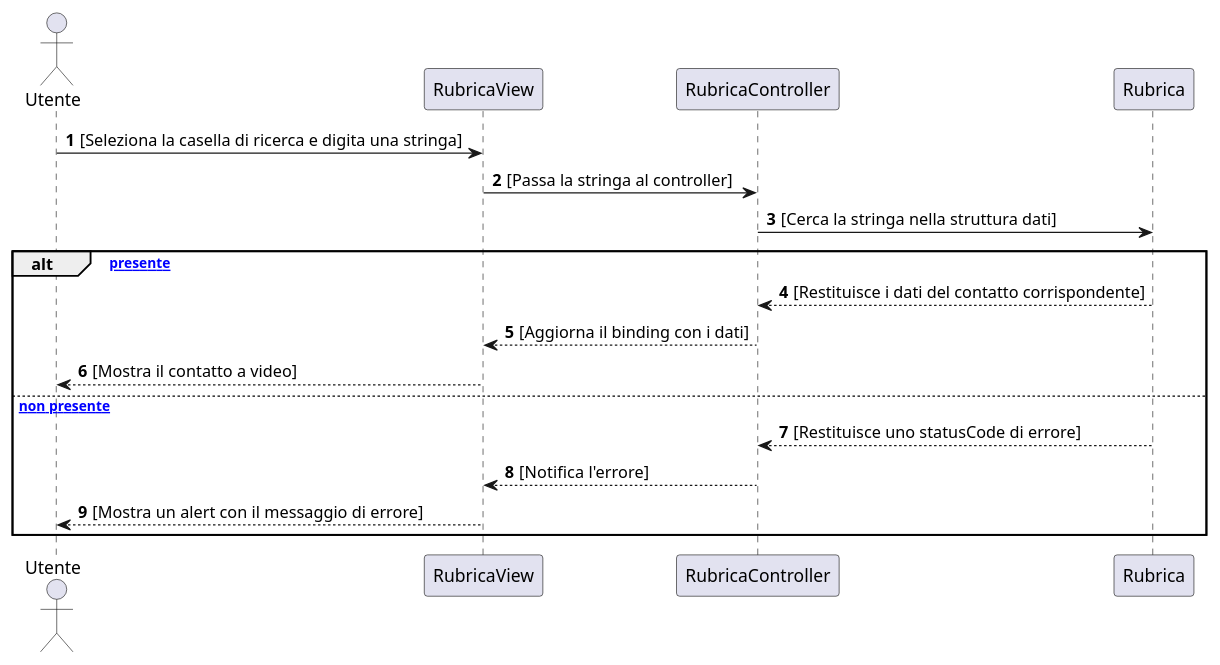
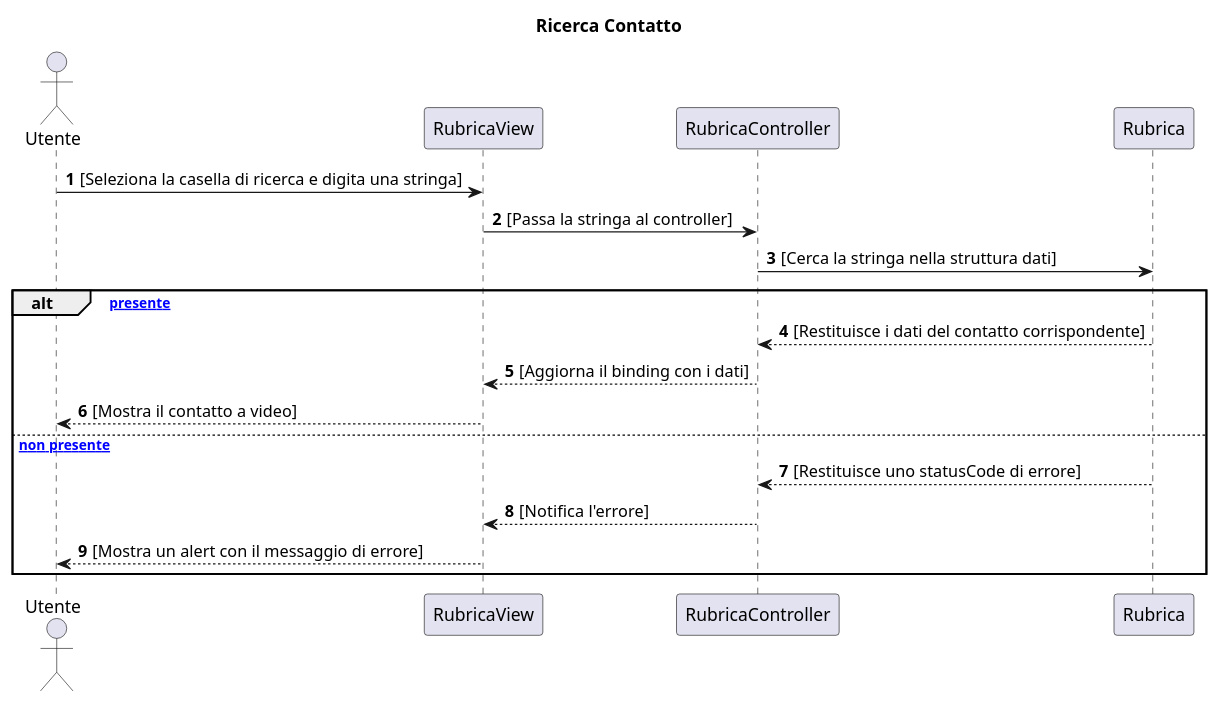
One commit to emanueletocci/uni-swe-project changed the diagram in docs/bozze/Diagrammi/Sequenza/ScenarioRicercaContatto.puml. Above: the diagram before and after it, drawn with PlantUML. The commit also changed 9 other files, not shown here.

First line of the commit message:
Aggiornamento diagrammi di sequenza

```diff
--- a/docs/bozze/Diagrammi/Sequenza/ScenarioRicercaContatto.puml
+++ b/docs/bozze/Diagrammi/Sequenza/ScenarioRicercaContatto.puml
@@ -1,19 +1,20 @@
 @startuml
+title Ricerca Contatto
 autonumber
 actor Utente
 participant RubricaView
 participant RubricaController
 participant Rubrica
 Utente -> RubricaView: [Seleziona la casella di ricerca e digita una stringa]
 RubricaView -> RubricaController: [Passa la stringa al controller]
 RubricaController -> Rubrica: [Cerca la stringa nella struttura dati]
 alt [Stringa presente]
     Rubrica --> RubricaController: [Restituisce i dati del contatto corrispondente]
     RubricaController --> RubricaView: [Aggiorna il binding con i dati]
     RubricaView --> Utente: [Mostra il contatto a video]
 else [Stringa non presente]
     Rubrica --> RubricaController: [Restituisce uno statusCode di errore]
     RubricaController --> RubricaView: [Notifica l'errore]
     RubricaView --> Utente: [Mostra un alert con il messaggio di errore] 
 end
 @enduml
```
